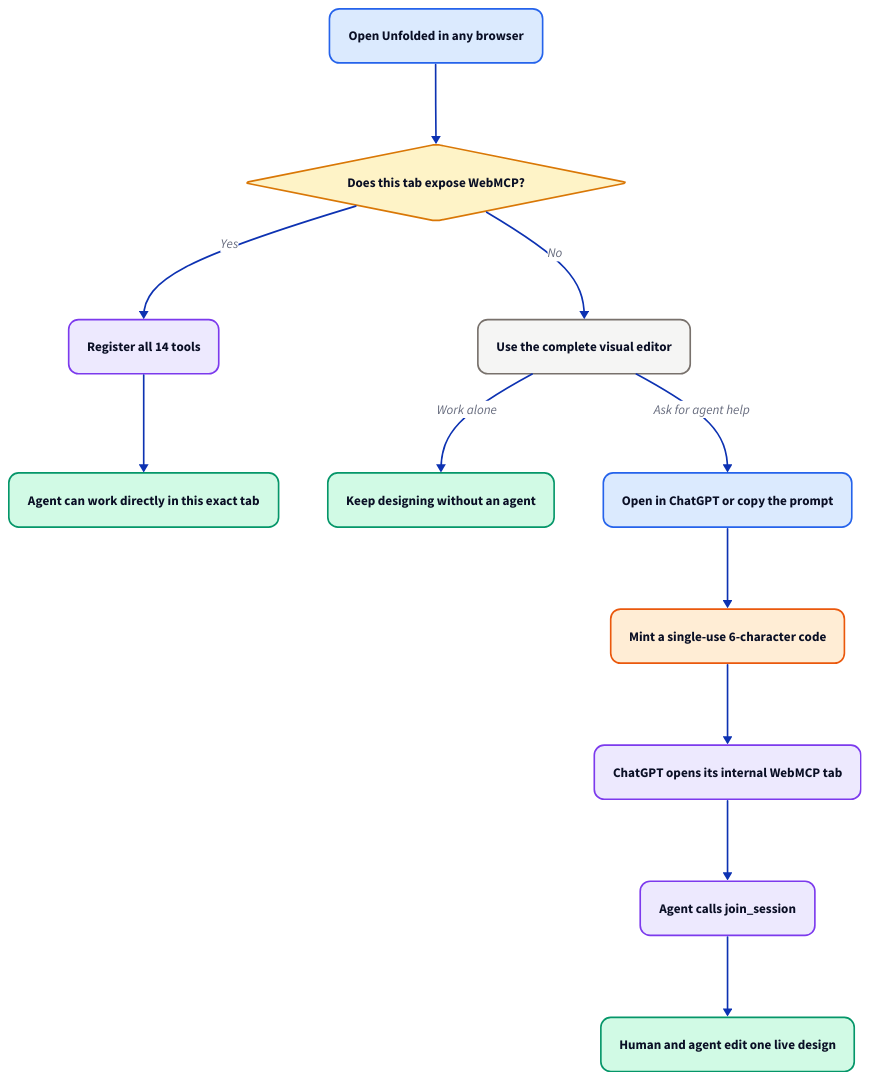
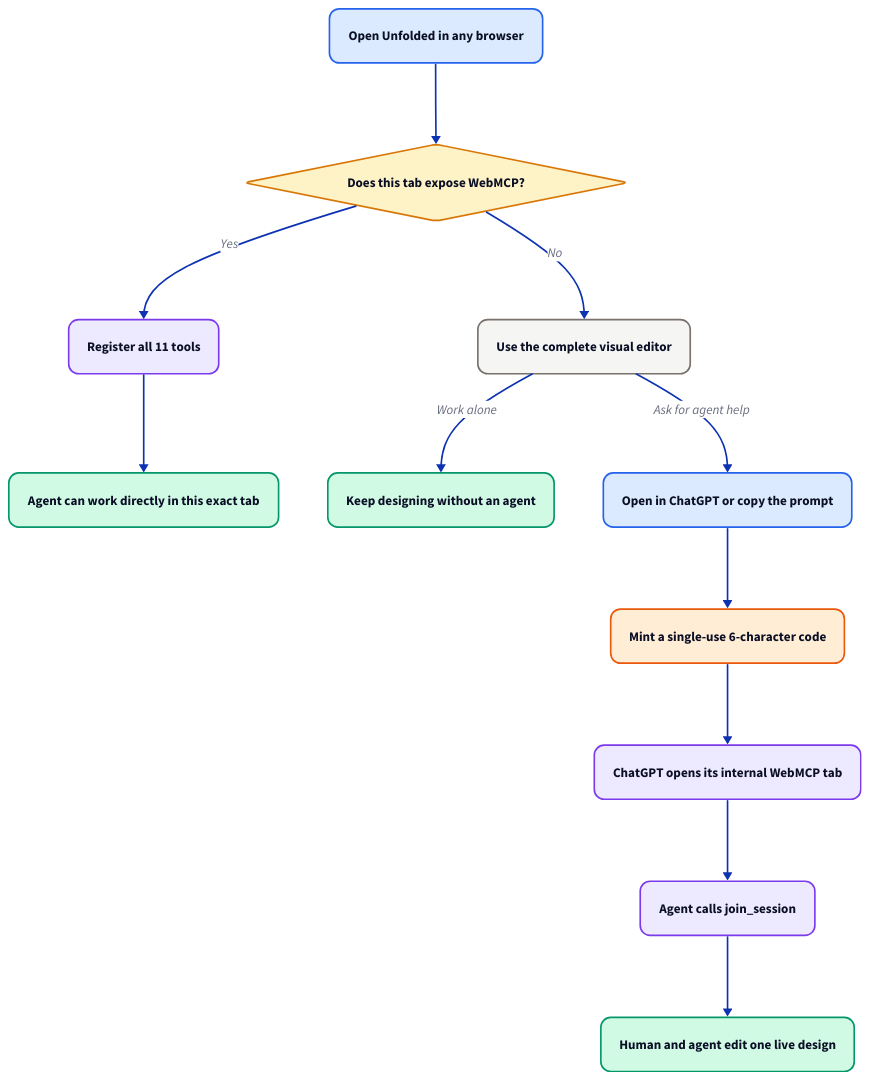
The diagram in docs/diagrams/browser-first.d2 (lucaguglielmi/Unfolded-Web-MCP), drawn with D2 before and after one commit. The commit also changed 20 other files, not shown here.

```diff
--- a/docs/diagrams/browser-first.d2
+++ b/docs/diagrams/browser-first.d2
@@ -1,50 +1,50 @@
 direction: down
 
 open: Open Unfolded in any browser
 support: Does this tab expose WebMCP? {
   shape: diamond
 }
-register: Register all 14 tools
+register: Register all 11 tools
 ready: Agent can work directly in this exact tab
 manual: Use the complete visual editor
 solo: Keep designing without an agent
 invite: Open in ChatGPT or copy the prompt
 code: Mint a single-use 6-character code
 agent: ChatGPT opens its internal WebMCP tab
 join: Agent calls join_session
 live: Human and agent edit one live design
 
 open -> support
 support -> register: Yes
 register -> ready
 support -> manual: No
 manual -> solo: Work alone
 manual -> invite: Ask for agent help
 invite -> code
 code -> agent
 agent -> join
 join -> live
 
 *.style.border-radius: 12
 open.style.fill: "#dbeafe"
 open.style.stroke: "#2563eb"
 support.style.fill: "#fef3c7"
 support.style.stroke: "#d97706"
 register.style.fill: "#ede9fe"
 register.style.stroke: "#7c3aed"
 ready.style.fill: "#d1fae5"
 ready.style.stroke: "#059669"
 manual.style.fill: "#f5f5f4"
 manual.style.stroke: "#78716c"
 solo.style.fill: "#d1fae5"
 solo.style.stroke: "#059669"
 invite.style.fill: "#dbeafe"
 invite.style.stroke: "#2563eb"
 code.style.fill: "#ffedd5"
 code.style.stroke: "#ea580c"
 agent.style.fill: "#ede9fe"
 agent.style.stroke: "#7c3aed"
 join.style.fill: "#ede9fe"
 join.style.stroke: "#7c3aed"
 live.style.fill: "#d1fae5"
 live.style.stroke: "#059669"
```
